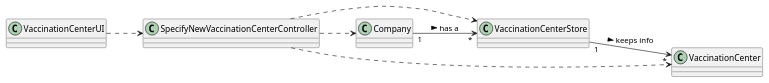
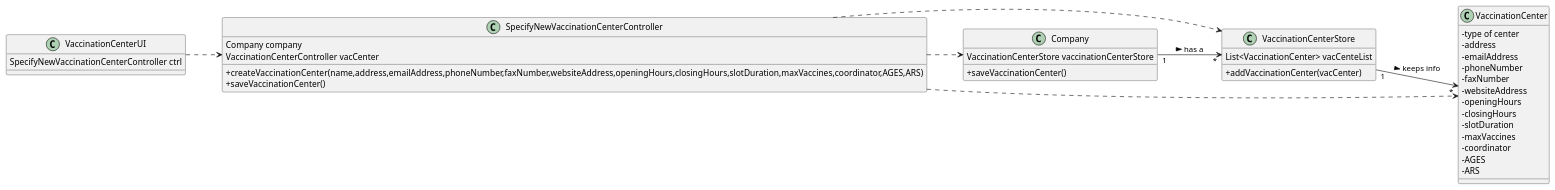
One commit to PedroMesquita1211171/VaccinationManager changed the diagram in docs/SprintB/US/US9/US009_CD.puml. Above: the diagram before and after it, drawn with PlantUML.

Commit message:
US009 CD attributes

```diff
--- a/docs/SprintB/US/US9/US009_CD.puml
+++ b/docs/SprintB/US/US9/US009_CD.puml
@@ -1,20 +1,47 @@
 @startuml
 skinparam classAttributeIconSize 0
 left to right direction
 
-class VaccinationCenterUI{}
-class SpecifyNewVaccinationCenterController{}
-class VaccinationCenterStore{}
-class Company{}
-
+class VaccinationCenterUI{
+SpecifyNewVaccinationCenterController ctrl
+}
+class SpecifyNewVaccinationCenterController{
+Company company
+ VaccinationCenterController vacCenter
+ +createVaccinationCenter(name,address,emailAddress,phoneNumber,faxNumber,websiteAddress,openingHours,closingHours,slotDuration,maxVaccines,coordinator,AGES,ARS)
+ +saveVaccinationCenter()
+ }
+class VaccinationCenterStore{
+List<VaccinationCenter> vacCenteList
++addVaccinationCenter(vacCenter)
+}
+class Company{
+VaccinationCenterStore vaccinationCenterStore
+ +saveVaccinationCenter()
+ }
+class VaccinationCenter {
+-type of center
+-address
+-emailAddress
+-phoneNumber
+-faxNumber
+-websiteAddress
+-openingHours
+-closingHours
+-slotDuration
+-maxVaccines
+-coordinator
+-AGES
+-ARS
+}
 
 
 VaccinationCenterUI ..> SpecifyNewVaccinationCenterController
 Company "1"-->"*" VaccinationCenterStore : has a >
 VaccinationCenterStore "1"-->"*" VaccinationCenter : keeps info >
 SpecifyNewVaccinationCenterController ..> Company
 SpecifyNewVaccinationCenterController ..> VaccinationCenterStore
 SpecifyNewVaccinationCenterController ..> VaccinationCenter
 
 
 @enduml
```
